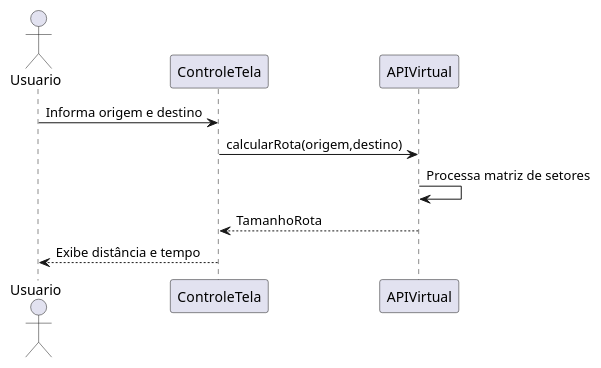
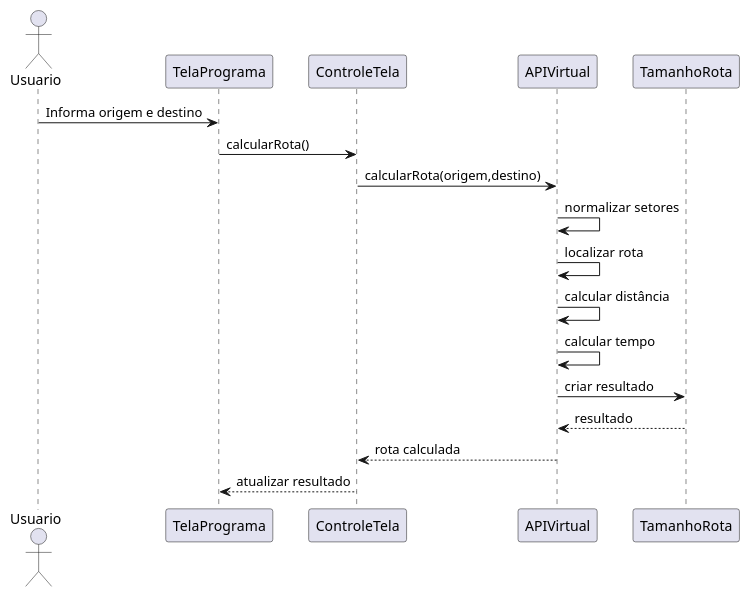
One commit to poo-ec-2026-1/g6 changed the second of 6 diagrams in AppBus Acessível - Protótipo do Projeto/Documentação/UML-&-Testes-AppBus-Acessível.md. Above: the diagram before and after it, drawn with PlantUML. The commit also changed other lines of this file, not shown here.

Commit message:
UML & Testes - Protótipo

````diff
--- a/AppBus Acessível - Protótipo do Projeto/Documentação/UML-&-Testes-AppBus-Acessível.md
+++ b/AppBus Acessível - Protótipo do Projeto/Documentação/UML-&-Testes-AppBus-Acessível.md
@@ -52,13 +107,34 @@
 ```plantuml
 @startuml
 
 actor Usuario
 
-Usuario -> ControleTela : Informa origem e destino
+participant TelaPrograma
+participant ControleTela
+participant APIVirtual
+participant TamanhoRota
+
+Usuario -> TelaPrograma : Informa origem e destino
+
+TelaPrograma -> ControleTela : calcularRota()
+
 ControleTela -> APIVirtual : calcularRota(origem,destino)
-APIVirtual -> APIVirtual : Processa matriz de setores
-APIVirtual --> ControleTela : TamanhoRota
-ControleTela --> Usuario : Exibe distância e tempo
+
+APIVirtual -> APIVirtual : normalizar setores
+
+APIVirtual -> APIVirtual : localizar rota
+
+APIVirtual -> APIVirtual : calcular distância
+
+APIVirtual -> APIVirtual : calcular tempo
+
+APIVirtual -> TamanhoRota : criar resultado
+
+TamanhoRota --> APIVirtual : resultado
+
+APIVirtual --> ControleTela : rota calculada
+
+ControleTela --> TelaPrograma : atualizar resultado
 
 @enduml
 ```
````
